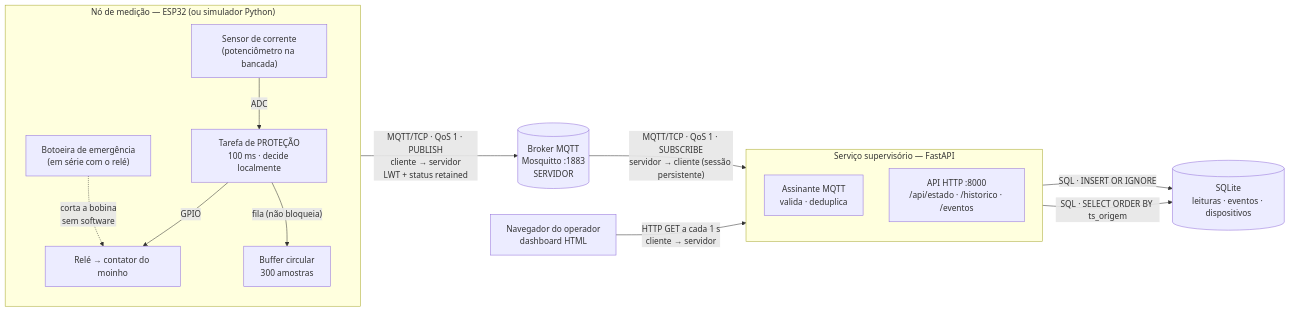
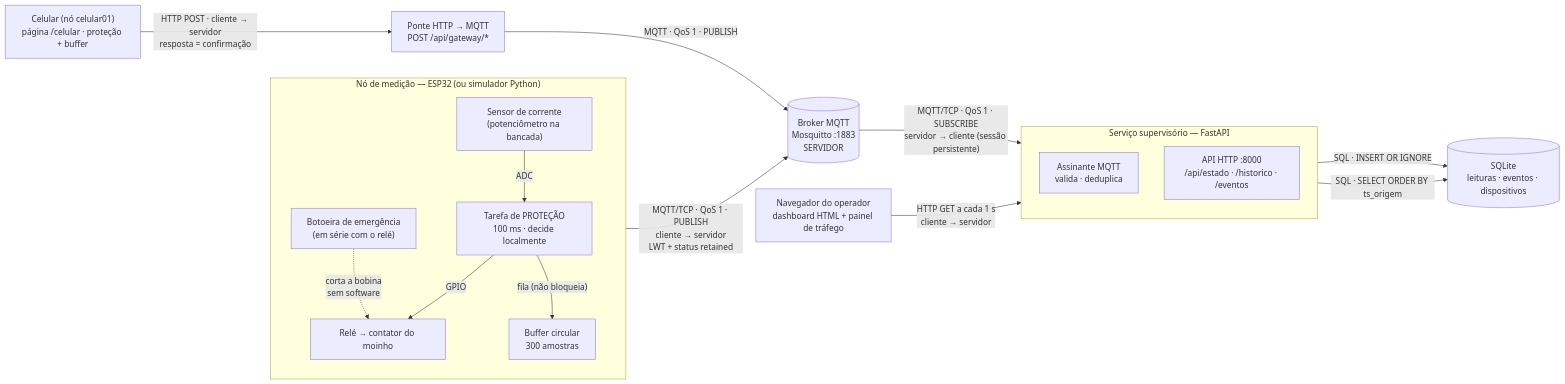
Before and after one commit to GianMarcosBoaretto/moinho-mqtt: the first of 2 diagrams in docs/arquitetura.md, drawn with Mermaid. The commit also changed other lines of this file and 3 other files, not shown here.

Commit message:
Docs: celular como no, painel de trafego e ponte HTTP->MQTT

````diff
--- a/docs/arquitetura.md
+++ b/docs/arquitetura.md
@@ -5,32 +5,36 @@
 ```mermaid
 flowchart LR
     subgraph NO["Nó de medição — ESP32 (ou simulador Python)"]
         direction TB
         SENS["Sensor de corrente<br/>(potenciômetro na bancada)"]
         PROT["Tarefa de PROTEÇÃO<br/>100 ms · decide localmente"]
         RELE["Relé → contator do moinho"]
         BOT["Botoeira de emergência<br/>(em série com o relé)"]
         BUF["Buffer circular<br/>300 amostras"]
         SENS -->|"ADC"| PROT
         PROT -->|"GPIO"| RELE
         BOT -. "corta a bobina<br/>sem software" .-> RELE
         PROT -->|"fila (não bloqueia)"| BUF
     end
 
     BROKER[("Broker MQTT<br/>Mosquitto :1883<br/>SERVIDOR")]
 
     subgraph SUP["Serviço supervisório — FastAPI"]
         direction TB
         SUB["Assinante MQTT<br/>valida · deduplica"]
         API["API HTTP :8000<br/>/api/estado · /historico · /eventos"]
     end
 
     DB[("SQLite<br/>leituras · eventos · dispositivos")]
-    NAV["Navegador do operador<br/>dashboard HTML"]
+    NAV["Navegador do operador<br/>dashboard HTML + painel de tráfego"]
+    CEL["Celular (nó celular01)<br/>página /celular · proteção + buffer"]
+    PONTE["Ponte HTTP → MQTT<br/>POST /api/gateway/*"]
 
     BUF -->|"MQTT/TCP · QoS 1 · PUBLISH<br/>cliente → servidor<br/>LWT + status retained"| BROKER
     BROKER -->|"MQTT/TCP · QoS 1 · SUBSCRIBE<br/>servidor → cliente (sessão persistente)"| SUB
     SUB -->|"SQL · INSERT OR IGNORE"| DB
     API -->|"SQL · SELECT ORDER BY ts_origem"| DB
     NAV -->|"HTTP GET a cada 1 s<br/>cliente → servidor"| API
+    CEL -->|"HTTP POST · cliente → servidor<br/>resposta = confirmação"| PONTE
+    PONTE -->|"MQTT · QoS 1 · PUBLISH"| BROKER
 ```
````
